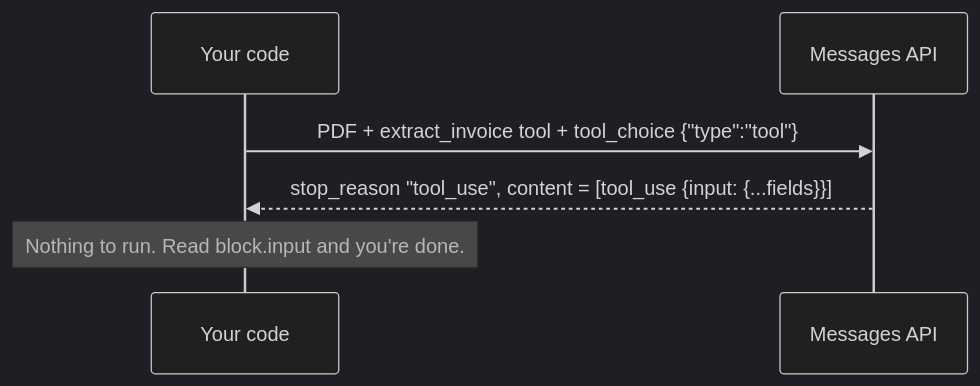
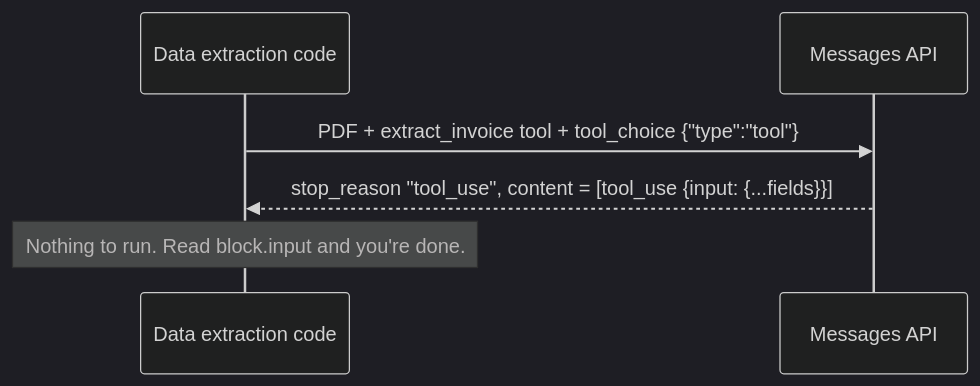
The diagram in README.md (mirie/messages_batch_ex), drawn with Mermaid (dark theme) before and after one commit. The commit also changed other lines of this file and 4 other files, not shown here.

````diff
--- a/README.md
+++ b/README.md
@@ -71,8 +71,8 @@
 ```mermaid
 sequenceDiagram
-    participant Code as Your code
+    participant Code as Data extraction code
     participant API as Messages API
     Code->>API: PDF + extract_invoice tool + tool_choice {"type":"tool"}
     API-->>Code: stop_reason "tool_use", content = [tool_use {input: {...fields}}]
     Note over Code: Nothing to run. Read block.input and you're done.
 ```
````
